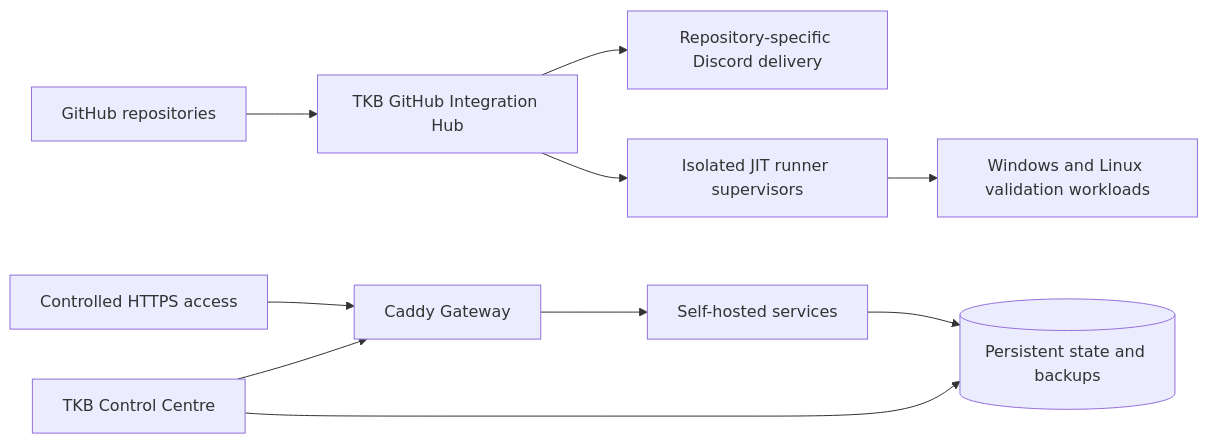
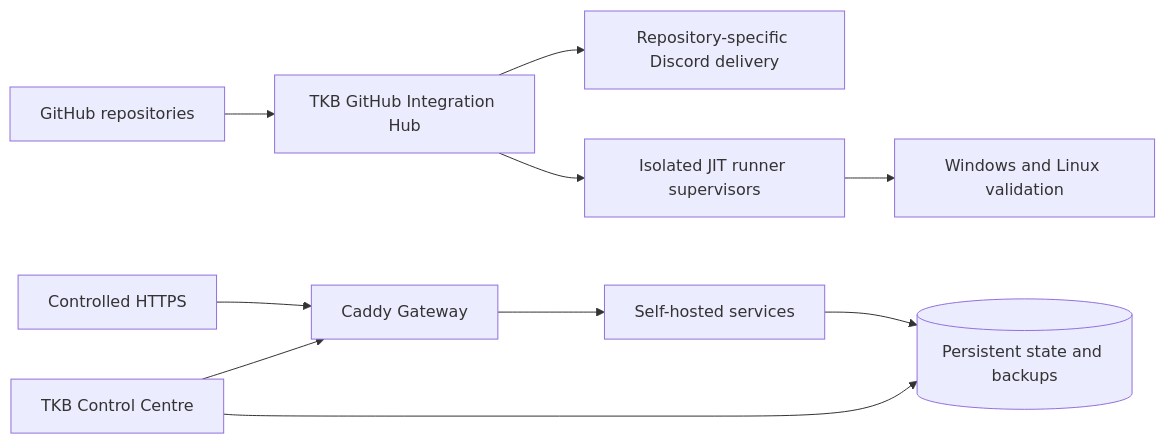
The diagram in README.md (Conroy1988/Conroy1988), drawn with Mermaid before and after one commit. The commit also changed other lines of this file, not shown here.

````diff
--- a/README.md
+++ b/README.md
@@ -380,14 +284,14 @@
 ```mermaid
 flowchart LR
     GitHub[GitHub repositories] --> Hub[TKB GitHub Integration Hub]
     Hub --> Discord[Repository-specific Discord delivery]
     Hub --> Runners[Isolated JIT runner supervisors]
-    Runners --> Validation[Windows and Linux validation workloads]
+    Runners --> Validation[Windows and Linux validation]
 
-    Internet[Controlled HTTPS access] --> Caddy[Caddy Gateway]
+    Internet[Controlled HTTPS] --> Caddy[Caddy Gateway]
     Caddy --> Services[Self-hosted services]
     Services --> Data[(Persistent state and backups)]
 
     Control[TKB Control Centre] --> Caddy
     Control --> Data
 ```
````
